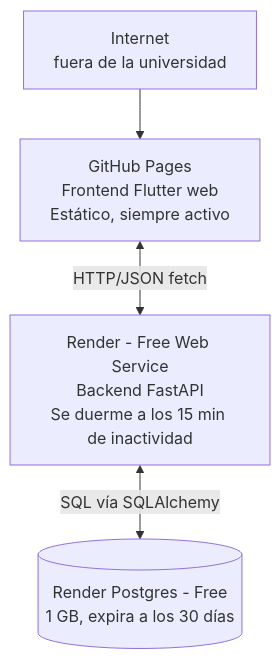
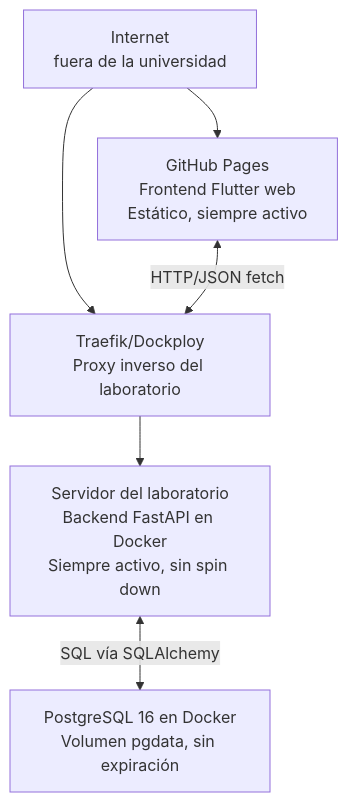
Before and after one commit to ISCOUTB/AS_202620_DinamikUTB: the diagram in docs/arc42/07-deployment-view.md, drawn with Mermaid. The commit also changed other lines of this file and 5 other files, not shown here.

````diff
--- a/docs/arc42/07-deployment-view.md
+++ b/docs/arc42/07-deployment-view.md
@@ -13,11 +19,14 @@
 ```mermaid
 flowchart TD
     A[Internet<br>fuera de la universidad]
     B[GitHub Pages<br>Frontend Flutter web<br>Estático, siempre activo]
-    C[Render - Free Web Service<br>Backend FastAPI<br>Se duerme a los 15 min de inactividad]
-    D[(Render Postgres - Free<br>1 GB, expira a los 30 días)]
+    C[Traefik/Dockploy<br>Proxy inverso del laboratorio]
+    D[Servidor del laboratorio<br>Backend FastAPI en Docker<br>Siempre activo, sin spin down]
+    E[PostgreSQL 16 en Docker<br>Volumen pgdata, sin expiración]
 
     A --> B
+    A --> C
     B <-->|"HTTP/JSON fetch"| C
-    C <-->|"SQL vía SQLAlchemy"| D
+    C --> D
+    D <-->|"SQL vía SQLAlchemy"| E
 ```
````
